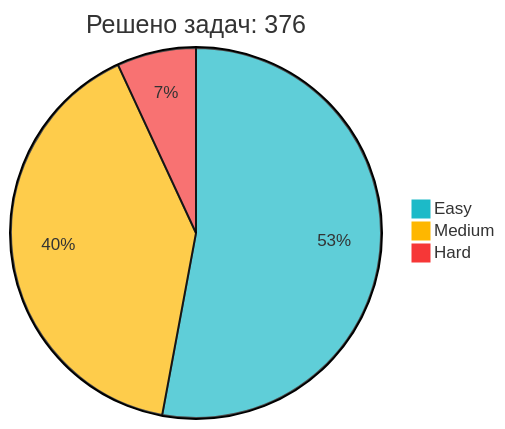
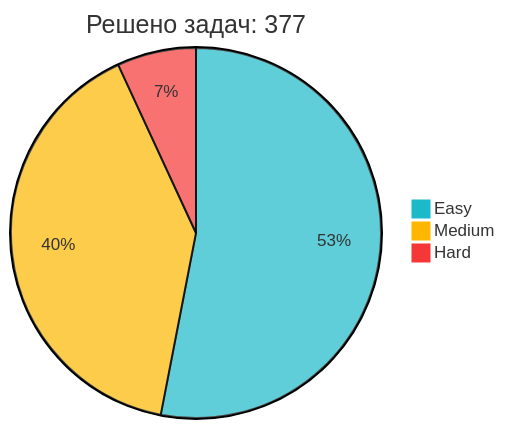
Before and after one commit to IliaKurdukov/IliaKurdukov: the diagram in README.md, drawn with Mermaid. The commit also changed other lines of this file, not shown here.

Commit message:
📈 Обновление статистики LeetCode

````diff
--- a/README.md
+++ b/README.md
@@ -51,7 +51,7 @@
 ```mermaid
 %%{init: {'theme': 'base', 'themeVariables': { 'pie1': '#1CBAC8', 'pie2': '#FEB700', 'pie3': '#F63737' }, 'config': {'width': 300, 'height': 200}}}%%
-pie title Решено задач: 376
-   "Easy" : 199
+pie title Решено задач: 377
+   "Easy" : 200
    "Medium" : 151
    "Hard" : 26
 ```
````
